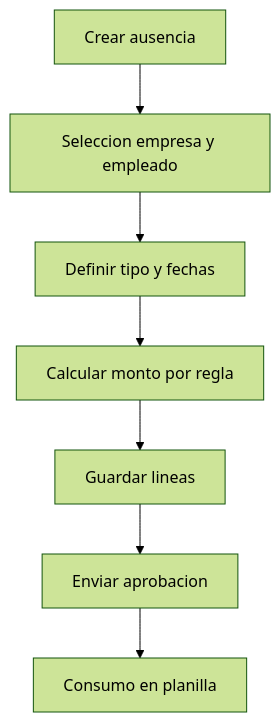
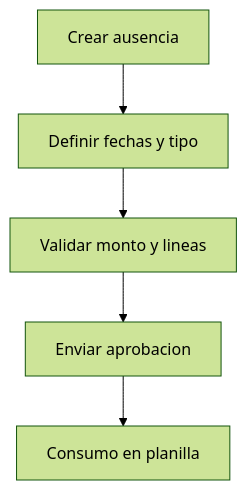
The diagram in docs/09-acciones-personal/ACCION-AUSENCIAS.md (Robertoart13/NewKipital), drawn with Mermaid (forest theme) before and after one commit. The commit also changed other lines of this file and 119 other files, not shown here.

````diff
--- a/docs/09-acciones-personal/ACCION-AUSENCIAS.md
+++ b/docs/09-acciones-personal/ACCION-AUSENCIAS.md
@@ -4,9 +10,7 @@
 ```mermaid
 flowchart TD
-  A[Crear ausencia] --> B[Seleccion empresa y empleado]
-  B --> C[Definir tipo y fechas]
-  C --> D[Calcular monto por regla]
-  D --> E[Guardar lineas]
-  E --> F[Enviar aprobacion]
-  F --> G[Consumo en planilla]
+  A[Crear ausencia] --> B[Definir fechas y tipo]
+  B --> C[Validar monto y lineas]
+  C --> D[Enviar aprobacion]
+  D --> E[Consumo en planilla]
 ```
````
